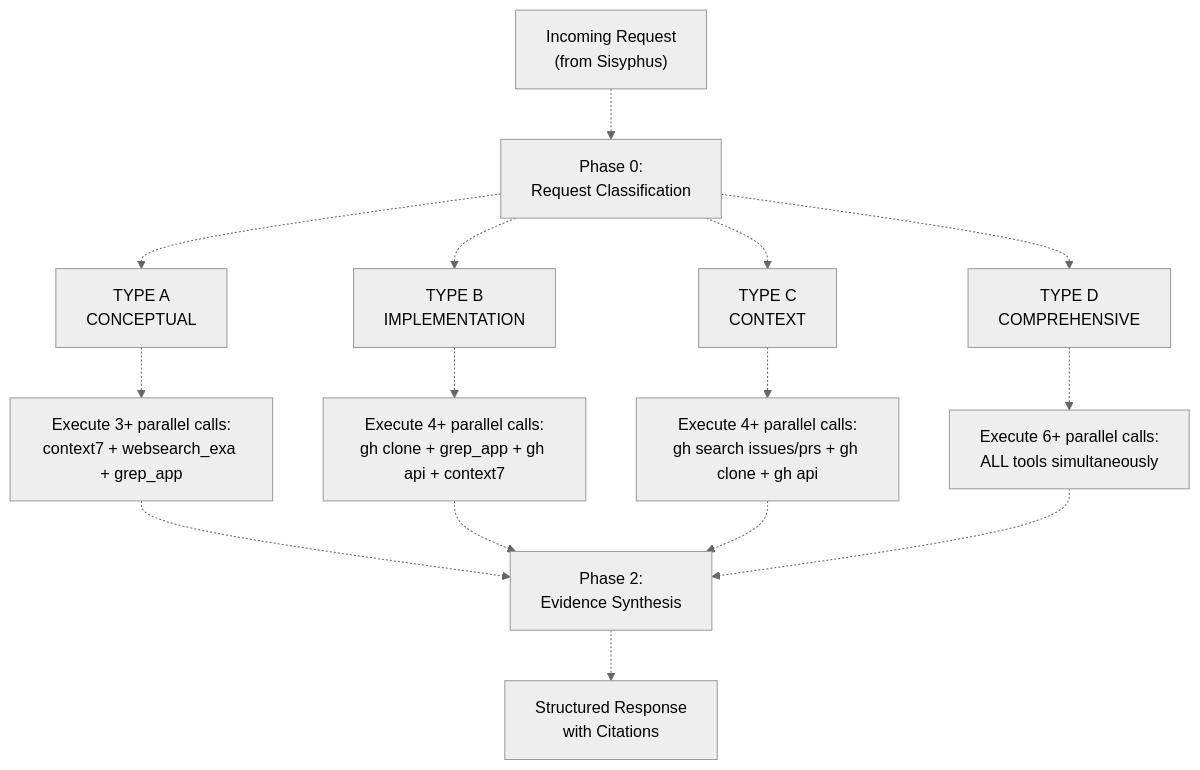
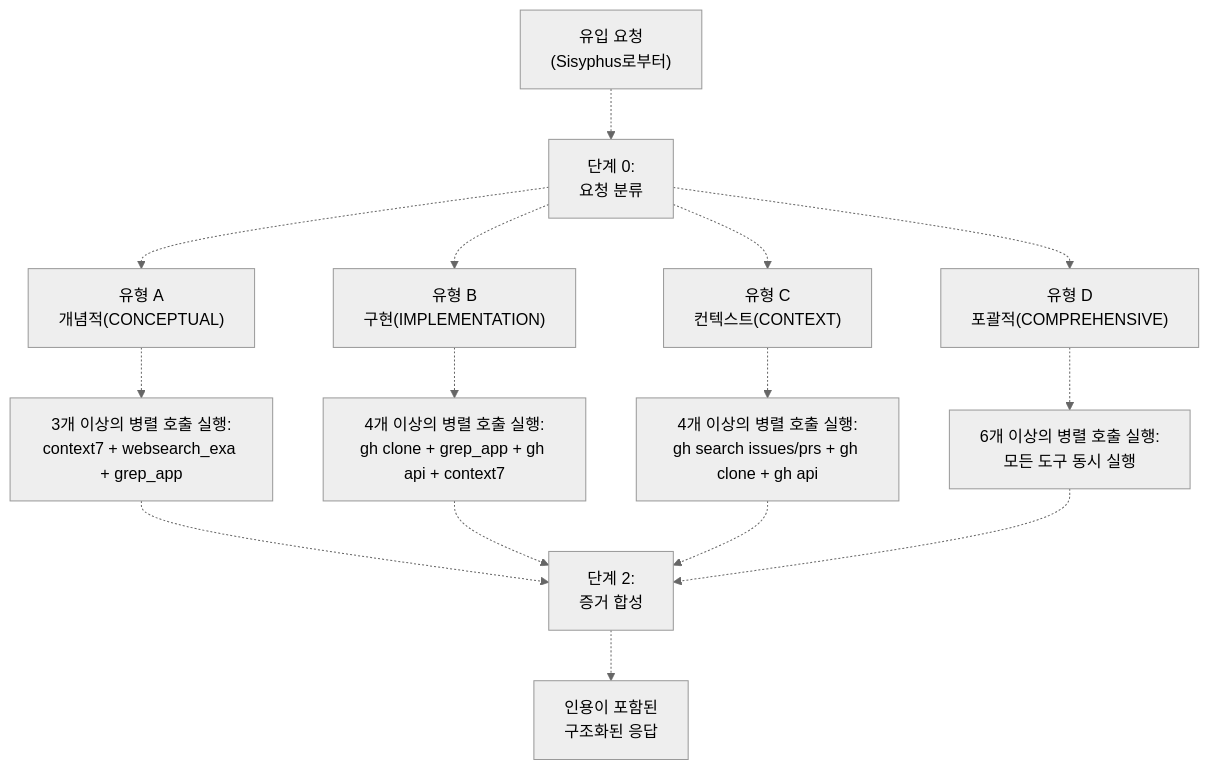
Before and after one commit to felipetruman/oh-my-opencode-docs: the first of 5 diagrams in docs/agents/librarian-agent.md, drawn with Mermaid (neutral theme). The commit also changed other lines of this file and 76 other files, not shown here.

````diff
--- a/docs/agents/librarian-agent.md
+++ b/docs/agents/librarian-agent.md
@@ -47,31 +47,31 @@
 ```mermaid
 flowchart TD
 
-Request["Incoming Request<br>(from Sisyphus)"]
-Phase0["Phase 0:<br>Request Classification"]
-TypeA["TYPE A<br>CONCEPTUAL"]
-TypeB["TYPE B<br>IMPLEMENTATION"]
-TypeC["TYPE C<br>CONTEXT"]
-TypeD["TYPE D<br>COMPREHENSIVE"]
-ExecA["Execute 3+ parallel calls:<br>context7 + websearch_exa + grep_app"]
-ExecB["Execute 4+ parallel calls:<br>gh clone + grep_app + gh api + context7"]
-ExecC["Execute 4+ parallel calls:<br>gh search issues/prs + gh clone + gh api"]
-ExecD["Execute 6+ parallel calls:<br>ALL tools simultaneously"]
-Synthesis["Phase 2:<br>Evidence Synthesis"]
-Response["Structured Response<br>with Citations"]
+Request["유입 요청<br>(Sisyphus로부터)"]
+Phase0["단계 0:<br>요청 분류"]
+TypeA["유형 A<br>개념적(CONCEPTUAL)"]
+TypeB["유형 B<br>구현(IMPLEMENTATION)"]
+TypeC["유형 C<br>컨텍스트(CONTEXT)"]
+TypeD["유형 D<br>포괄적(COMPREHENSIVE)"]
+ExecA["3개 이상의 병렬 호출 실행:<br>context7 + websearch_exa + grep_app"]
+ExecB["4개 이상의 병렬 호출 실행:<br>gh clone + grep_app + gh api + context7"]
+ExecC["4개 이상의 병렬 호출 실행:<br>gh search issues/prs + gh clone + gh api"]
+ExecD["6개 이상의 병렬 호출 실행:<br>모든 도구 동시 실행"]
+Synthesis["단계 2:<br>증거 합성"]
+Response["인용이 포함된<br>구조화된 응답"]
 
 Request -.-> Phase0
 Phase0 -.-> TypeA
 Phase0 -.-> TypeB
 Phase0 -.-> TypeC
 Phase0 -.-> TypeD
 TypeA -.-> ExecA
 TypeB -.-> ExecB
 TypeC -.-> ExecC
 TypeD -.-> ExecD
 ExecA -.-> Synthesis
 ExecB -.-> Synthesis
 ExecC -.-> Synthesis
 ExecD -.-> Synthesis
 Synthesis -.-> Response
 ```
````
